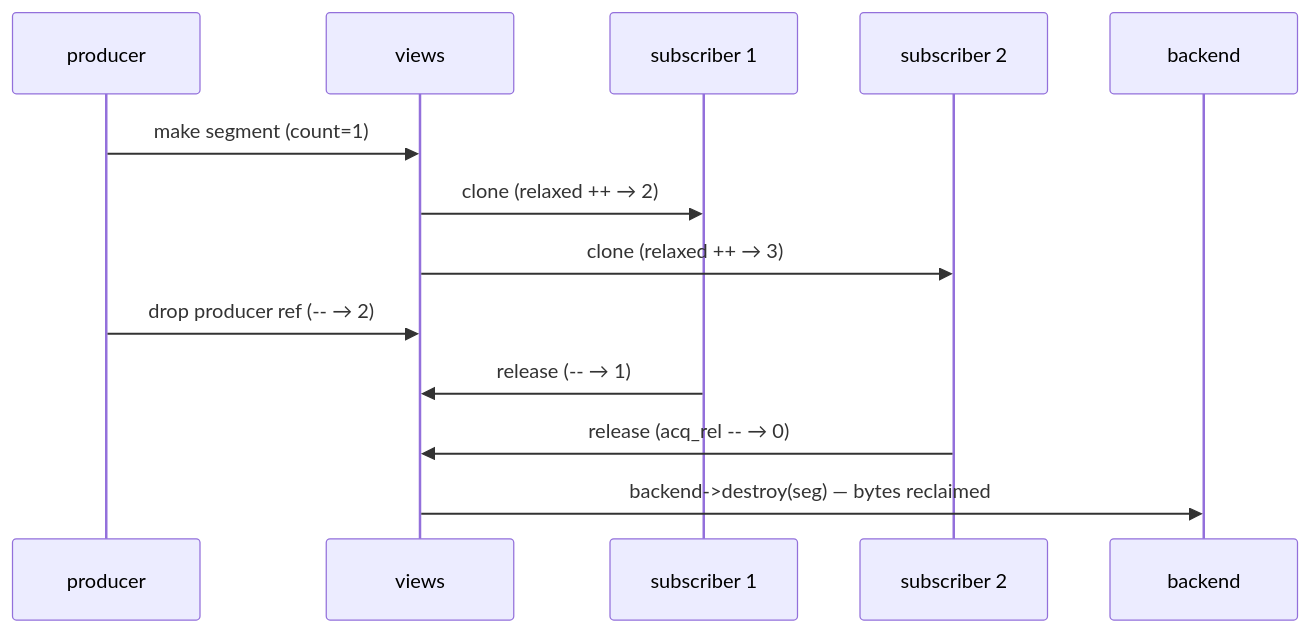
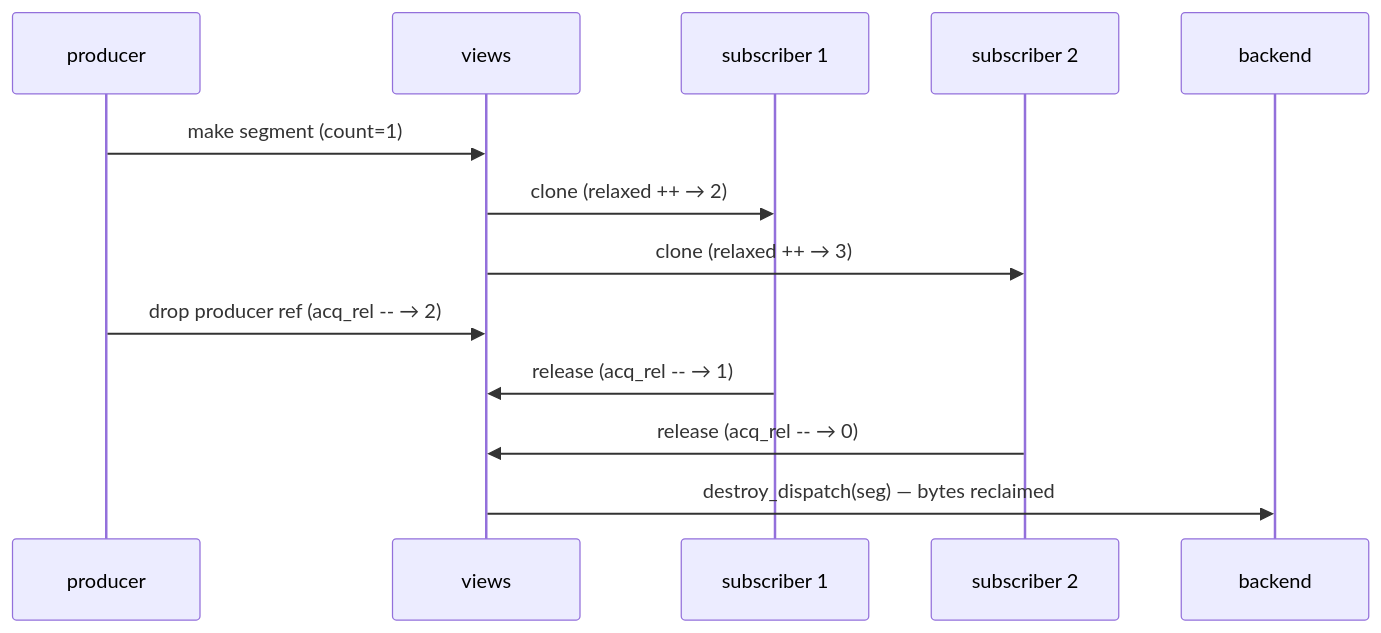
The diagram in docs/modules/segment.md (avatarsd-llc/libtracer), drawn with Mermaid before and after one commit. The commit also changed other lines of this file and 45 other files, not shown here.

````diff
--- a/docs/modules/segment.md
+++ b/docs/modules/segment.md
@@ -46,15 +64,15 @@
 ```{mermaid}
 sequenceDiagram
     participant TX as producer
     participant V as views
     participant S1 as subscriber 1
     participant S2 as subscriber 2
     participant B as backend
     TX->>V: make segment (count=1)
     V->>S1: clone (relaxed ++ → 2)
     V->>S2: clone (relaxed ++ → 3)
-    TX->>V: drop producer ref (-- → 2)
-    S1->>V: release (-- → 1)
+    TX->>V: drop producer ref (acq_rel -- → 2)
+    S1->>V: release (acq_rel -- → 1)
     S2->>V: release (acq_rel -- → 0)
-    V->>B: backend->destroy(seg) — bytes reclaimed
+    V->>B: destroy_dispatch(seg) — bytes reclaimed
 ```
````
